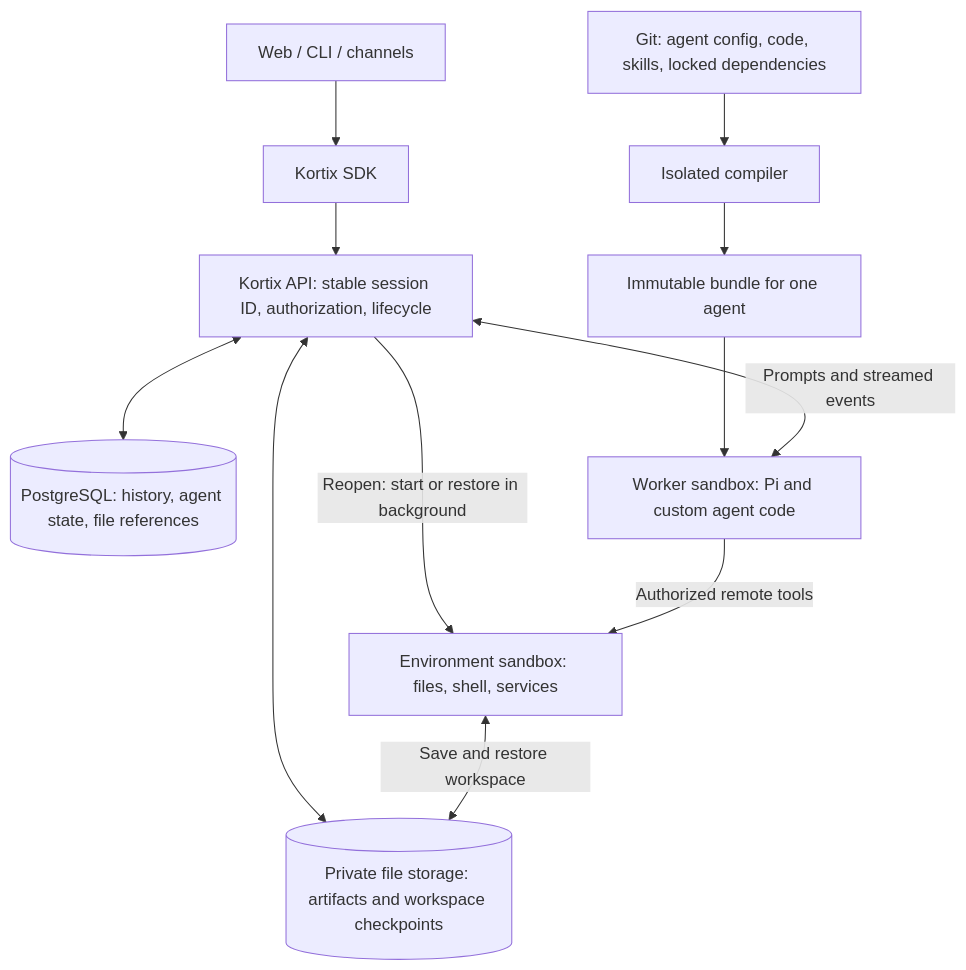
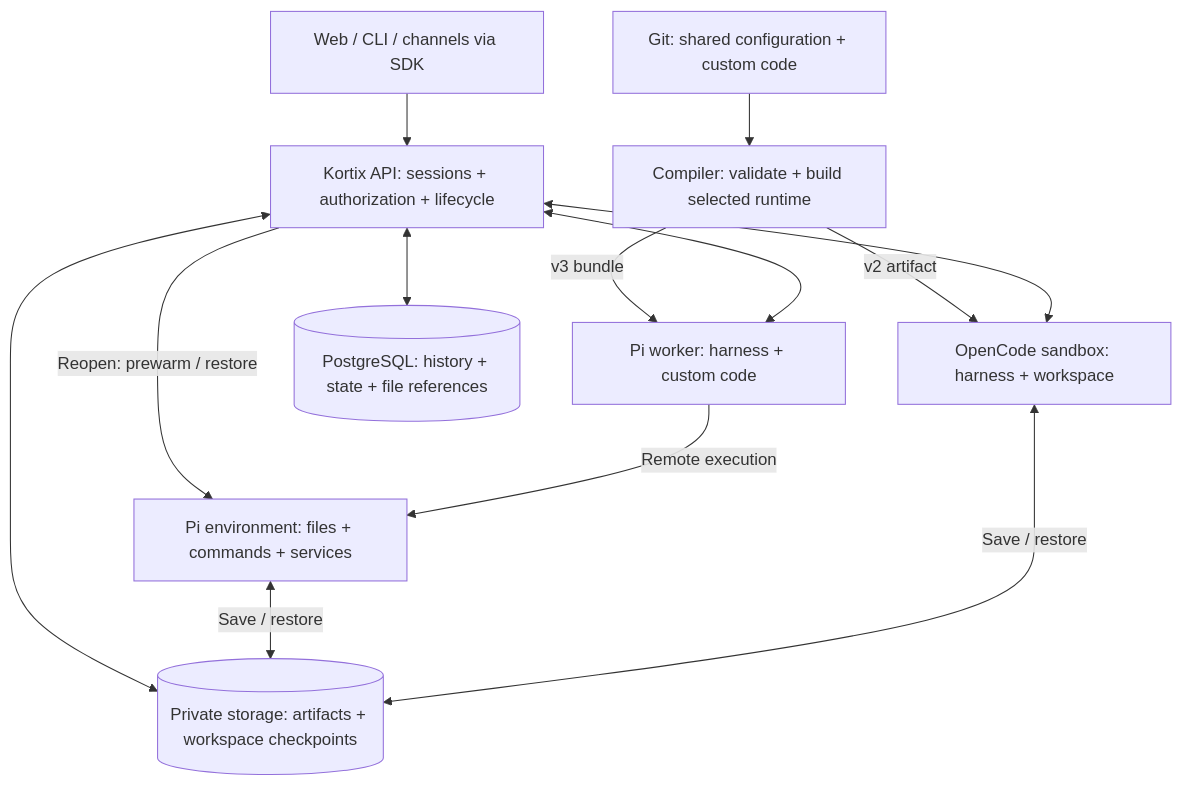
One commit to kortix-ai/suna changed the diagram in docs/AGENT_RUNTIME_REQUIREMENTS.md. Above: the diagram before and after it, drawn with Mermaid. The commit also changed other lines of this file and 1 other file, not shown here.

Commit message:
docs(runtime): define shared configuration adapters and file recovery plan

````diff
--- a/docs/AGENT_RUNTIME_REQUIREMENTS.md
+++ b/docs/AGENT_RUNTIME_REQUIREMENTS.md
@@ -30,14 +81,15 @@
 ```mermaid
 flowchart TB
-    SRC["Git: agent config, code, skills, locked dependencies"] --> BUILD["Isolated compiler"]
-    BUILD --> BUNDLE["Immutable bundle for one agent"]
-    CLIENT["Web / CLI / channels"] --> SDK["Kortix SDK"]
-    SDK --> API["Kortix API: stable session ID, authorization, lifecycle"]
-    API <--> DB[("PostgreSQL: history, agent state, file references")]
-    API <--> STORE[("Private file storage: artifacts and workspace checkpoints")]
-    BUNDLE --> WORKER["Worker sandbox: Pi and custom agent code"]
-    API <-->|"Prompts and streamed events"| WORKER
-    API -->|"Reopen: start or restore in background"| ENV["Environment sandbox: files, shell, services"]
-    WORKER -->|"Authorized remote tools"| ENV
-    ENV <-->|"Save and restore workspace"| STORE
+    SRC["Git: shared configuration + custom code"] --> BUILD["Compiler: validate + build selected runtime"]
+    BUILD -->|"v2 artifact"| OC["OpenCode sandbox: harness + workspace"]
+    BUILD -->|"v3 bundle"| PI["Pi worker: harness + custom code"]
+    CLIENT["Web / CLI / channels via SDK"] --> API["Kortix API: sessions + authorization + lifecycle"]
+    API <--> OC
+    API <--> PI
+    API -->|"Reopen: prewarm / restore"| ENV["Pi environment: files + commands + services"]
+    PI -->|"Remote execution"| ENV
+    API <--> DB[("PostgreSQL: history + state + file references")]
+    API <--> STORE[("Private storage: artifacts + workspace checkpoints")]
+    ENV <-->|"Save / restore"| STORE
+    OC <-->|"Save / restore"| STORE
 ```
````
